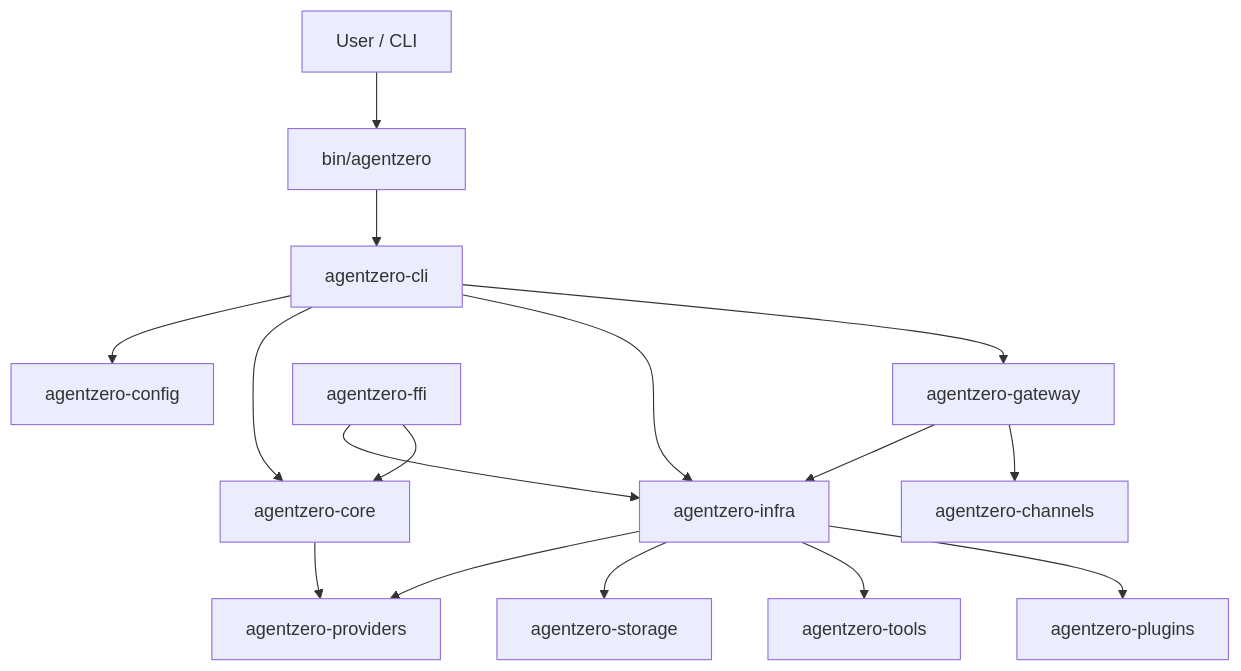
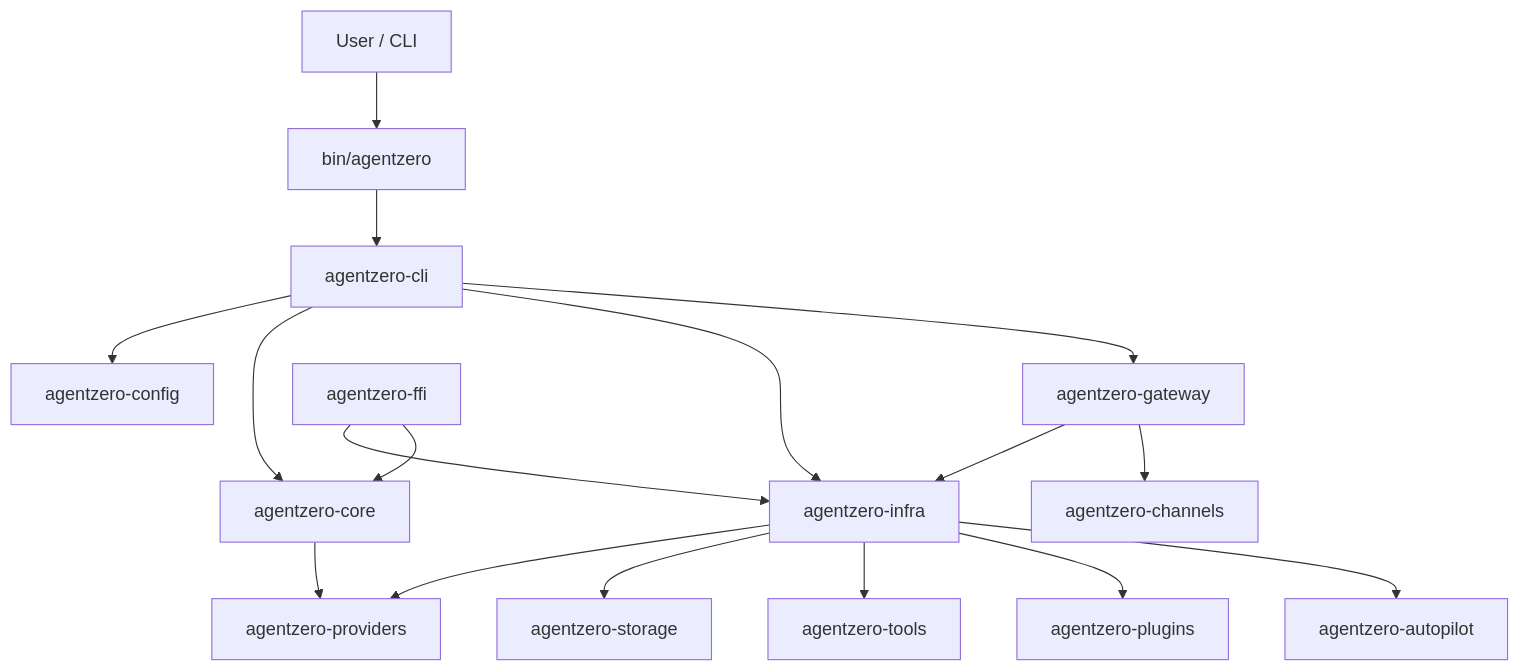
The first of 2 diagrams in site/src/content/docs/architecture.md (auser/agentzero), drawn with Mermaid before and after one commit. The commit also changed other lines of this file and 8 other files, not shown here.

````diff
--- a/site/src/content/docs/architecture.md
+++ b/site/src/content/docs/architecture.md
@@ -17,23 +17,24 @@
 ```mermaid
 flowchart TD
     U[User / CLI] --> B[bin/agentzero]
     B --> CLI[agentzero-cli]
 
     CLI --> CFG[agentzero-config]
     CLI --> CORE[agentzero-core]
     CLI --> INFRA[agentzero-infra]
     CLI --> GW[agentzero-gateway]
 
     CORE --> PROV[agentzero-providers]
 
     INFRA --> PROV
     INFRA --> STORAGE[agentzero-storage]
     INFRA --> TOOLS[agentzero-tools]
     INFRA --> WASM[agentzero-plugins]
+    INFRA --> AP[agentzero-autopilot]
 
     GW --> INFRA
     GW --> CHANNELS[agentzero-channels]
 
     FFI[agentzero-ffi] --> INFRA
     FFI --> CORE
 ```
````
